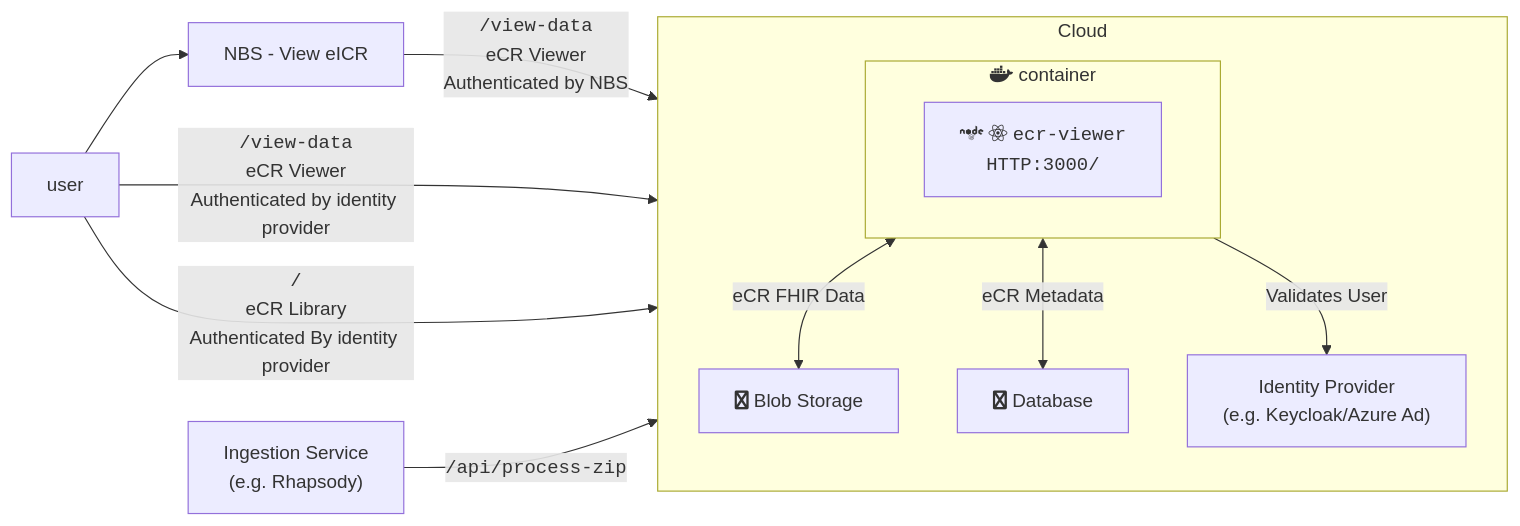
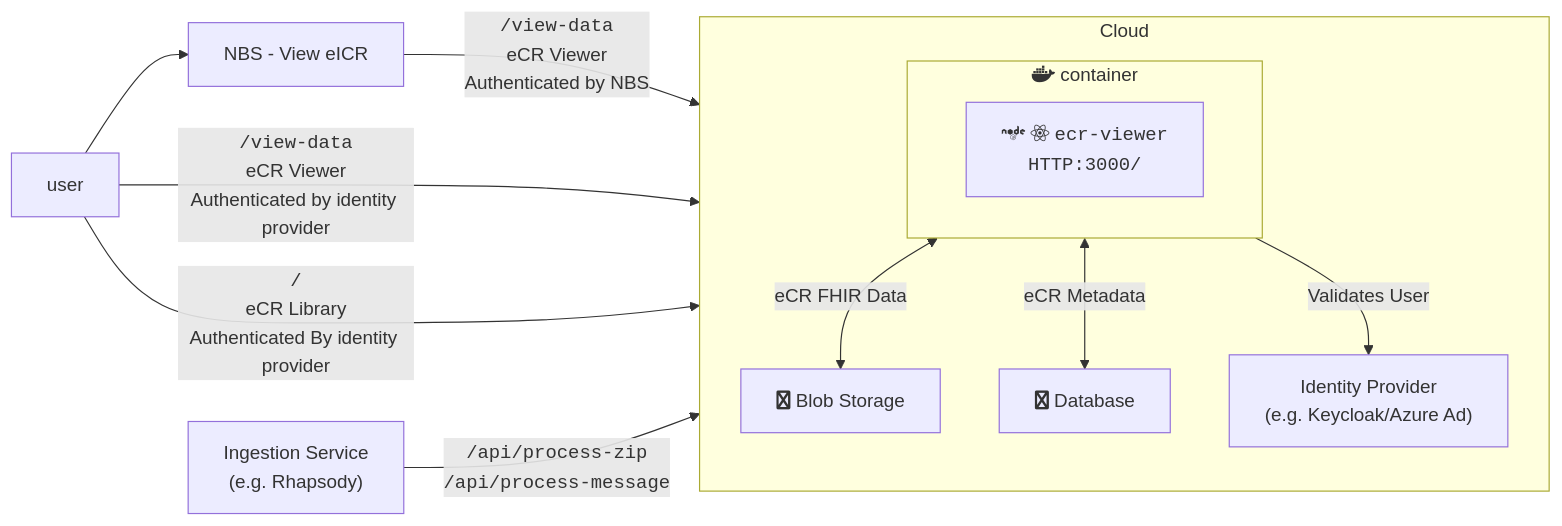
Before and after one commit to CDCgov/dibbs-ecr-viewer: the third of 3 diagrams in containers/ecr-viewer/guide.md, drawn with Mermaid. The commit also changed other lines of this file, not shown here.

````diff
--- a/containers/ecr-viewer/guide.md
+++ b/containers/ecr-viewer/guide.md
@@ -64,23 +64,23 @@
 ```mermaid
 flowchart LR
   user
   nbs["NBS - View eICR"]
   ingestion["Ingestion Service<br>(e.g. Rhapsody)"]
   subgraph service[Cloud]
     direction TB
     subgraph container["fab:fa-docker container"]
       viewer["fab:fa-node fab:fa-react <code>ecr-viewer<br>HTTP:3000/</code>"]
     end
     blobStorage["fab:fa-file Blob Storage"]
     metadata["fab:fa-database Database"]
     identityProvider["Identity Provider<br>(e.g. Keycloak/Azure Ad)"]
 	container <--> |eCR FHIR Data| blobStorage
 	container <--> |eCR Metadata| metadata
     container -->|Validates User| identityProvider
   end
   user --> nbs
   nbs -->|<code>/view-data</code><br>eCR Viewer<br>Authenticated by NBS| container
   user -->|<code>/view-data</code><br>eCR Viewer<br>Authenticated by identity provider| container
   user -->|<code>/</code><br>eCR Library<br>Authenticated By identity provider| container
-  ingestion -->|<code>/api/process-zip</code>| container
+  ingestion -->|<code>/api/process-zip<br>/api/process-message</code>| container
 ```
````
